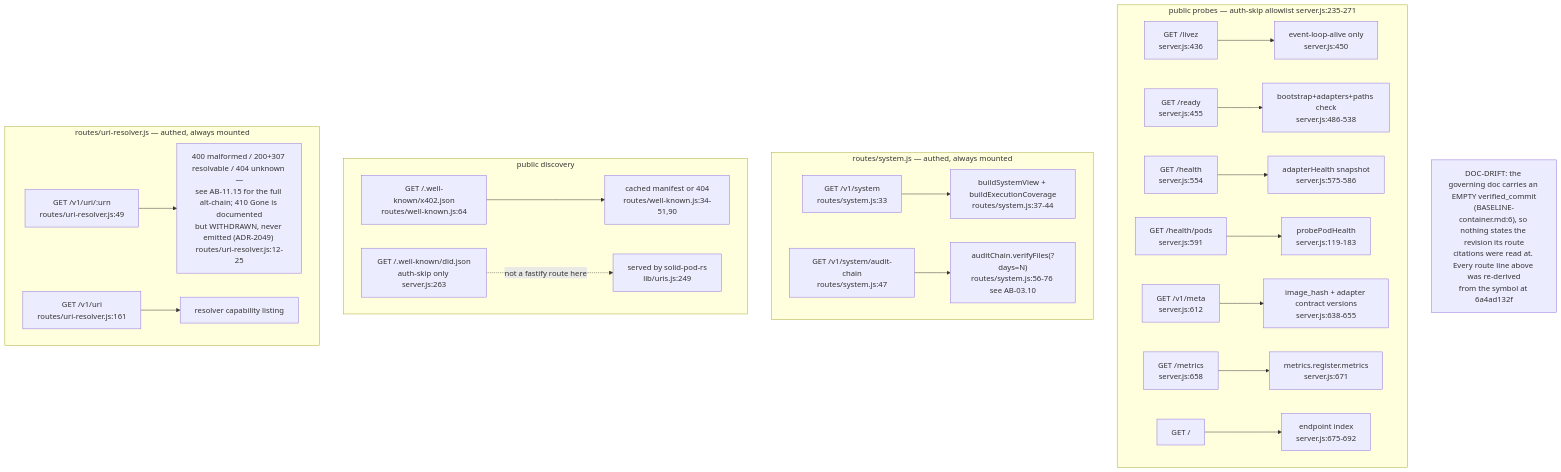
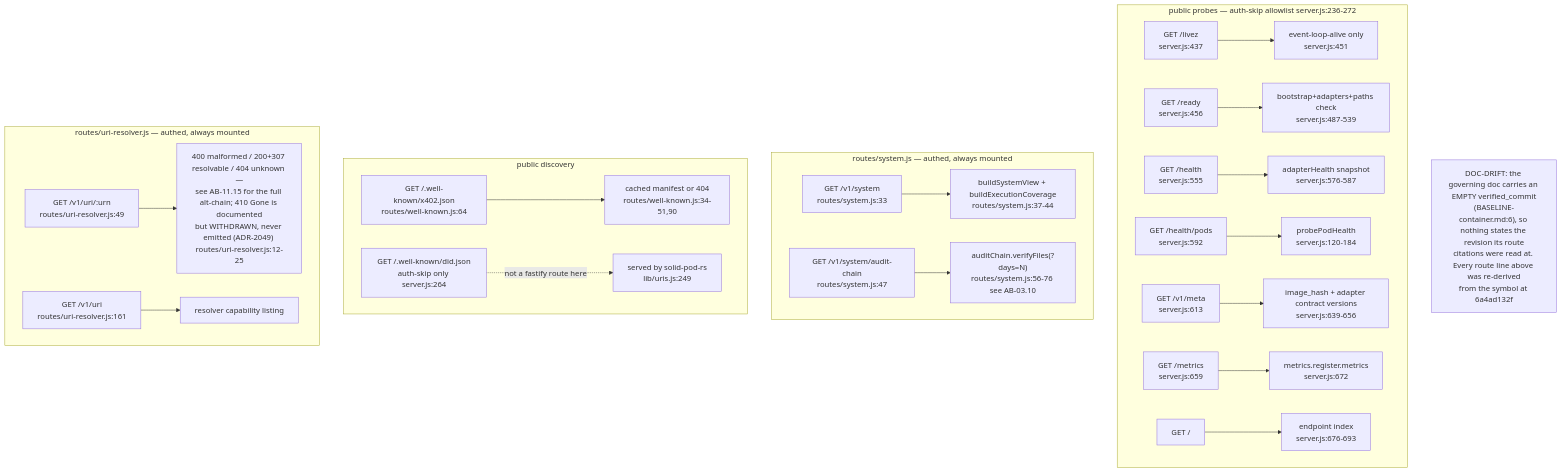
One commit to DreamLab-AI/VisionFlow changed the sixth of 17 diagrams in docs/diagrams/agentbox/03-management-api-request-lifecycle.md. Above: the diagram before and after it, drawn with Mermaid. The commit also changed other lines of this file and 17 other files, not shown here.

````diff
--- a/docs/diagrams/agentbox/03-management-api-request-lifecycle.md
+++ b/docs/diagrams/agentbox/03-management-api-request-lifecycle.md
@@ -272,25 +273,25 @@
 ```mermaid
 flowchart TD
-    subgraph probes["public probes — auth-skip allowlist server.js:235-271"]
-        A1["GET /livez<br/>server.js:436"] --> H1["event-loop-alive only<br/>server.js:450"]
-        A2["GET /ready<br/>server.js:455"] --> H2["bootstrap+adapters+paths check<br/>server.js:486-538"]
-        A3["GET /health<br/>server.js:554"] --> H3["adapterHealth snapshot<br/>server.js:575-586"]
-        A4["GET /health/pods<br/>server.js:591"] --> H4["probePodHealth<br/>server.js:119-183"]
-        A5["GET /v1/meta<br/>server.js:612"] --> H5["image_hash + adapter contract versions<br/>server.js:638-655"]
-        A6["GET /metrics<br/>server.js:658"] --> H6["metrics.register.metrics<br/>server.js:671"]
-        A7["GET /"] --> H7["endpoint index<br/>server.js:675-692"]
+    subgraph probes["public probes — auth-skip allowlist server.js:236-272"]
+        A1["GET /livez<br/>server.js:437"] --> H1["event-loop-alive only<br/>server.js:451"]
+        A2["GET /ready<br/>server.js:456"] --> H2["bootstrap+adapters+paths check<br/>server.js:487-539"]
+        A3["GET /health<br/>server.js:555"] --> H3["adapterHealth snapshot<br/>server.js:576-587"]
+        A4["GET /health/pods<br/>server.js:592"] --> H4["probePodHealth<br/>server.js:120-184"]
+        A5["GET /v1/meta<br/>server.js:613"] --> H5["image_hash + adapter contract versions<br/>server.js:639-656"]
+        A6["GET /metrics<br/>server.js:659"] --> H6["metrics.register.metrics<br/>server.js:672"]
+        A7["GET /"] --> H7["endpoint index<br/>server.js:676-693"]
     end
     subgraph sysroutes["routes/system.js — authed, always mounted"]
         B1["GET /v1/system<br/>routes/system.js:33"] --> HB1["buildSystemView + buildExecutionCoverage<br/>routes/system.js:37-44"]
         B2["GET /v1/system/audit-chain<br/>routes/system.js:47"] --> HB2["auditChain.verifyFiles(?days=N)<br/>routes/system.js:56-76 see AB-03.10"]
     end
     subgraph wellknown["public discovery"]
         C1["GET /.well-known/x402.json<br/>routes/well-known.js:64"] --> HC1["cached manifest or 404<br/>routes/well-known.js:34-51,90"]
-        C2["GET /.well-known/did.json<br/>auth-skip only server.js:263"] -.->|"not a fastify route here"| HC2["served by solid-pod-rs<br/>lib/uris.js:249"]
+        C2["GET /.well-known/did.json<br/>auth-skip only server.js:264"] -.->|"not a fastify route here"| HC2["served by solid-pod-rs<br/>lib/uris.js:249"]
     end
     subgraph uri["routes/uri-resolver.js — authed, always mounted"]
         D1["GET /v1/uri/:urn<br/>routes/uri-resolver.js:49"] --> HD1["400 malformed / 200+307 resolvable / 404 unknown —<br/>see AB-11.15 for the full alt-chain; 410 Gone is documented<br/>but WITHDRAWN, never emitted (ADR-2049) routes/uri-resolver.js:12-25"]
         D2["GET /v1/uri<br/>routes/uri-resolver.js:161"] --> HD2["resolver capability listing"]
     end
     Note1["DOC-DRIFT: the governing doc carries an EMPTY verified_commit<br/>(BASELINE-container.md:6), so nothing states the revision its route<br/>citations were read at. Every route line above was re-derived<br/>from the symbol at 6a4ad132f"]
 ```
````
